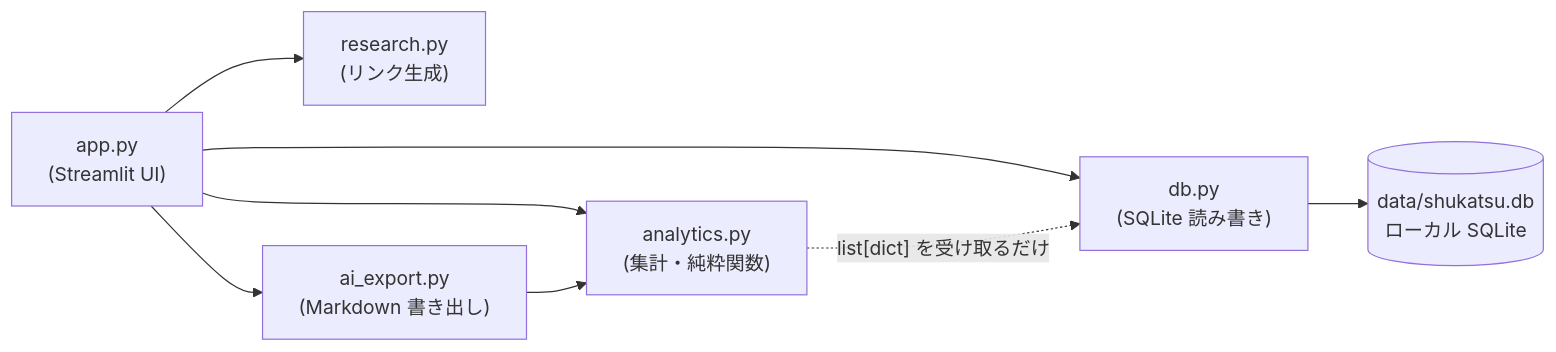
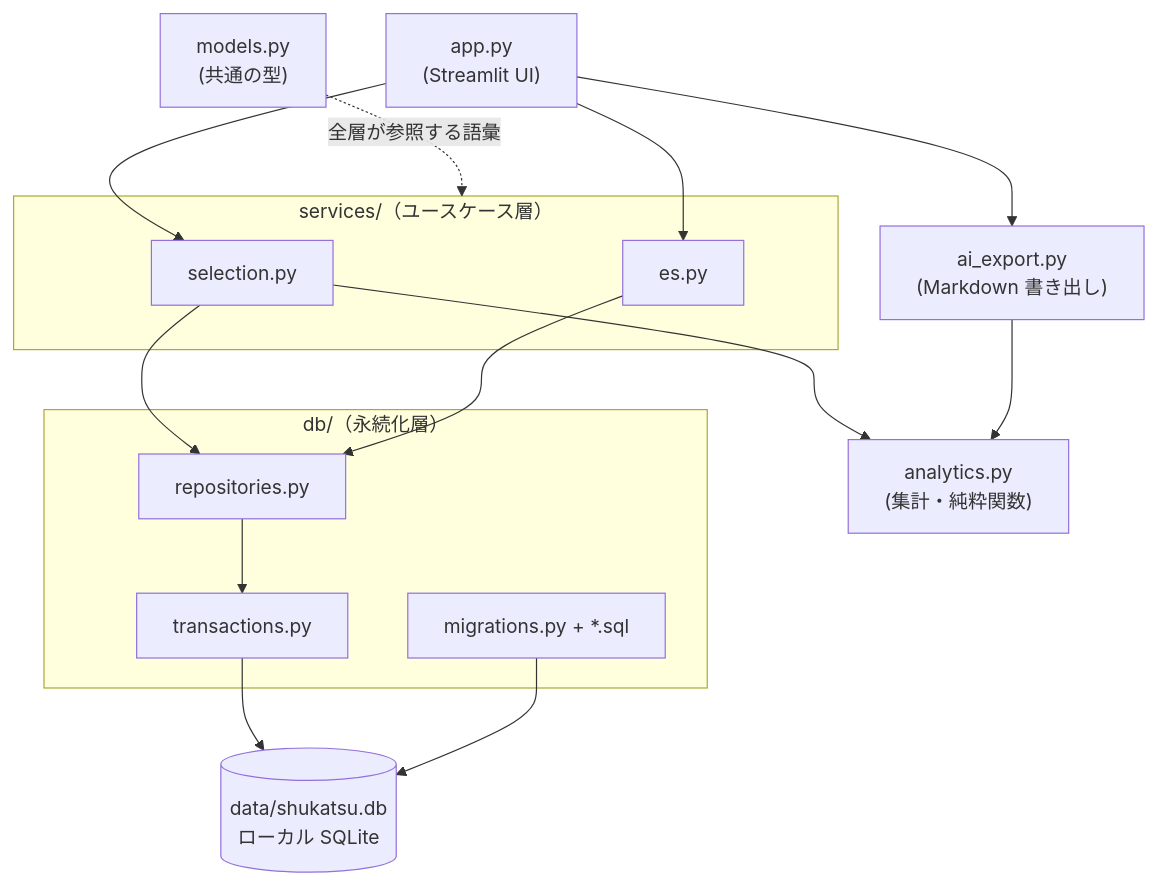
The diagram in docs/architecture.md (Natto2026/shukatsu-tracker), drawn with Mermaid before and after one commit. The commit also changed other lines of this file and 31 other files, not shown here.

````diff
--- a/docs/architecture.md
+++ b/docs/architecture.md
@@ -25,10 +34,29 @@
 ```mermaid
-flowchart LR
-    UI["app.py<br>(Streamlit UI)"] --> DB["db.py<br>(SQLite 読み書き)"]
-    UI --> AN["analytics.py<br>(集計・純粋関数)"]
-    UI --> RS["research.py<br>(リンク生成)"]
-    UI --> EX["ai_export.py<br>(Markdown 書き出し)"]
-    DB --> SQL[("data/shukatsu.db<br>ローカル SQLite")]
-    AN -.->|"list[dict] を受け取るだけ"| DB
+flowchart TB
+    UI["app.py<br>(Streamlit UI)"]
+    subgraph services["services/（ユースケース層）"]
+        SEL["selection.py"]
+        ES["es.py"]
+    end
+    subgraph db["db/（永続化層）"]
+        REPO["repositories.py"]
+        TX["transactions.py"]
+        MIG["migrations.py + *.sql"]
+    end
+    AN["analytics.py<br>(集計・純粋関数)"]
+    EX["ai_export.py<br>(Markdown 書き出し)"]
+    MD["models.py<br>(共通の型)"]
+    SQL[("data/shukatsu.db<br>ローカル SQLite")]
+
+    UI --> SEL
+    UI --> ES
+    UI --> EX
+    SEL --> AN
+    SEL --> REPO
+    ES --> REPO
+    REPO --> TX
+    TX --> SQL
+    MIG --> SQL
     EX --> AN
+    MD -.->|全層が参照する語彙| services
 ```
````
